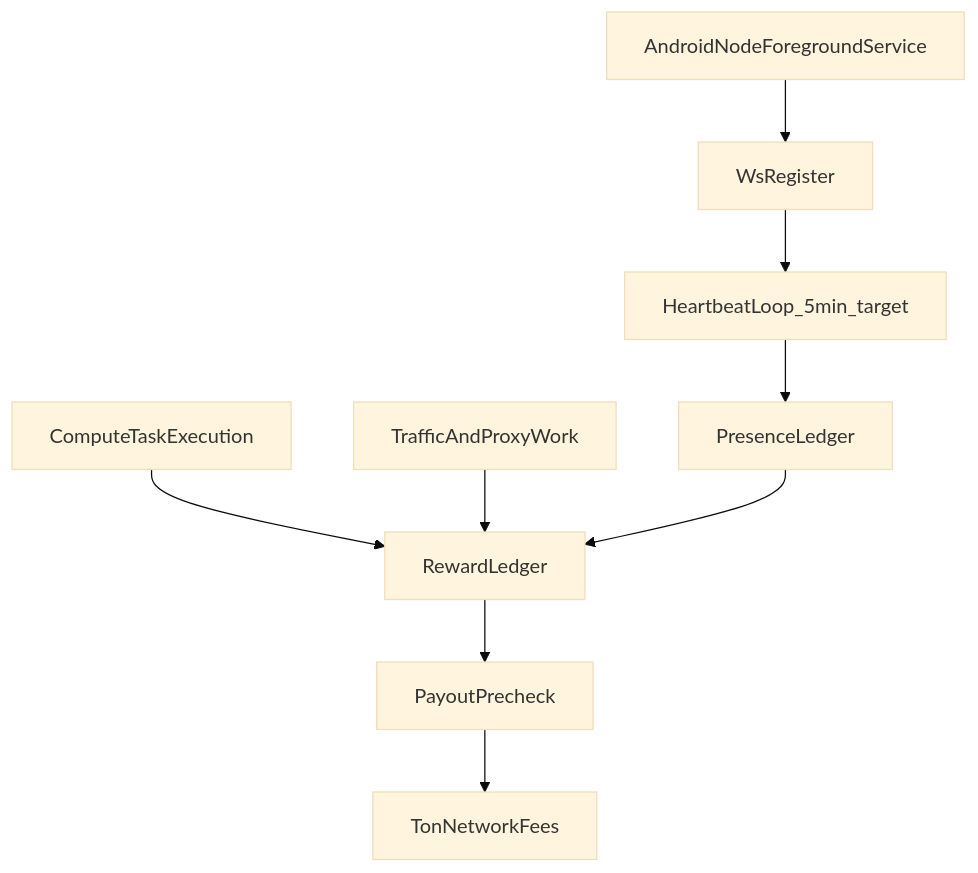
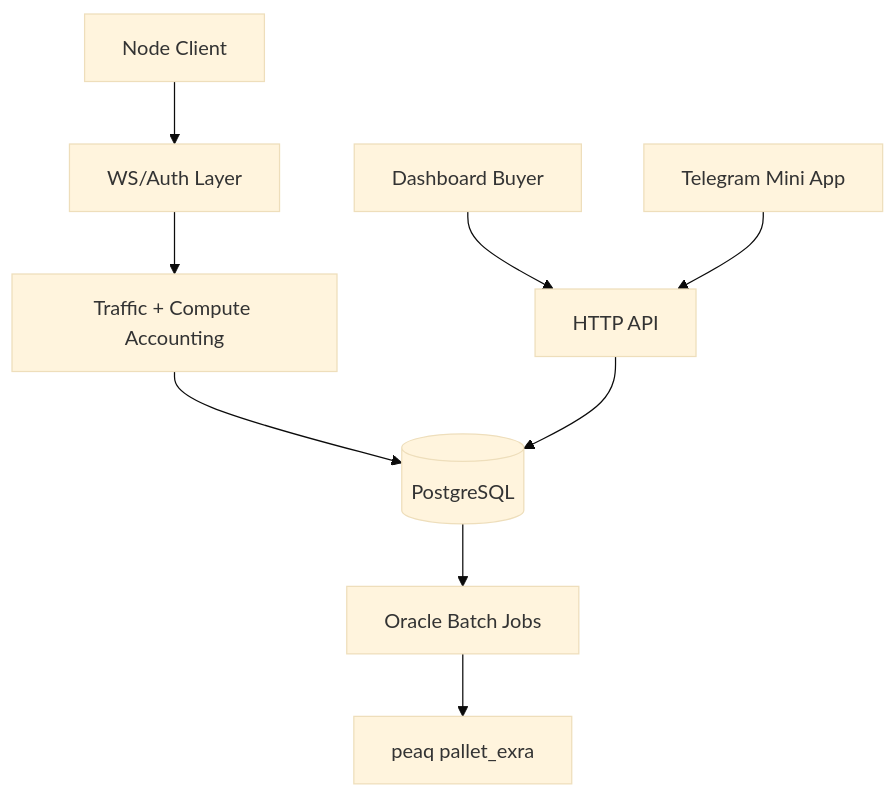
Before and after one commit to ErickBatt/EXRA-network: the diagram in docs/ARCHITECTURE.md, drawn with Mermaid (base theme). The commit also changed other lines of this file and 24 other files, not shown here.

````diff
--- a/docs/ARCHITECTURE.md
+++ b/docs/ARCHITECTURE.md
@@ -54,11 +26,11 @@
 ```mermaid
 flowchart TD
-    androidNode[AndroidNodeForegroundService] --> wsRegister[WsRegister]
-    wsRegister --> heartbeatLoop[HeartbeatLoop_5min_target]
-    heartbeatLoop --> uptimeLedger[PresenceLedger]
-    computeWork[ComputeTaskExecution] --> rewardLedger[RewardLedger]
-    trafficWork[TrafficAndProxyWork] --> rewardLedger[RewardLedger]
-    uptimeLedger --> rewardLedger
-    rewardLedger --> payoutPrecheck[PayoutPrecheck]
-    payoutPrecheck --> tonFeeCalc[TonNetworkFees]
+    node[Node Client] --> ws[WS/Auth Layer]
+    ws --> usage[Traffic + Compute Accounting]
+    usage --> db[(PostgreSQL)]
+    db --> oracle[Oracle Batch Jobs]
+    oracle --> chain[peaq pallet_exra]
+    buyer[Dashboard Buyer] --> api[HTTP API]
+    tma[Telegram Mini App] --> api
+    api --> db
 ```
````
